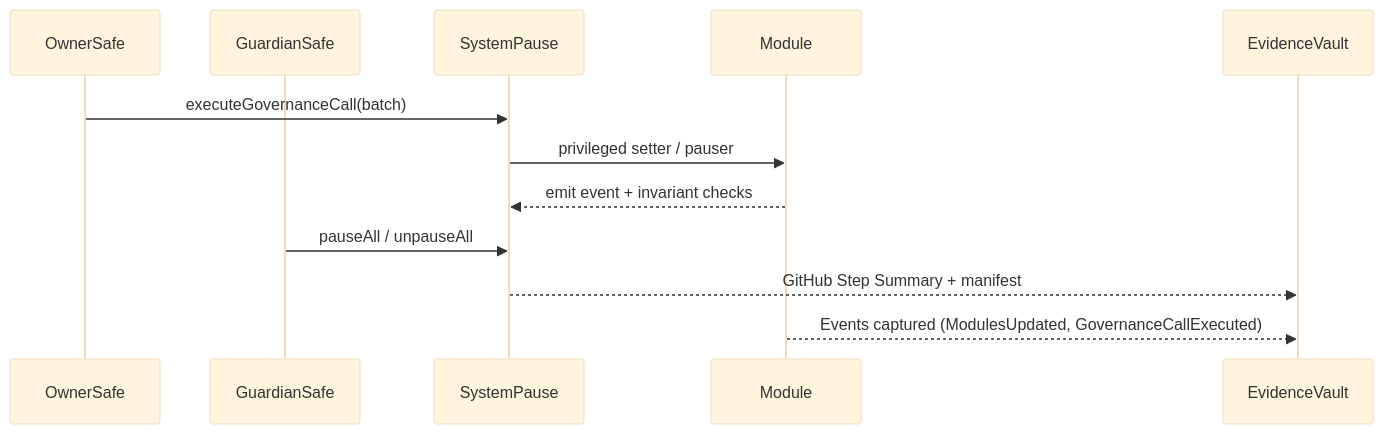
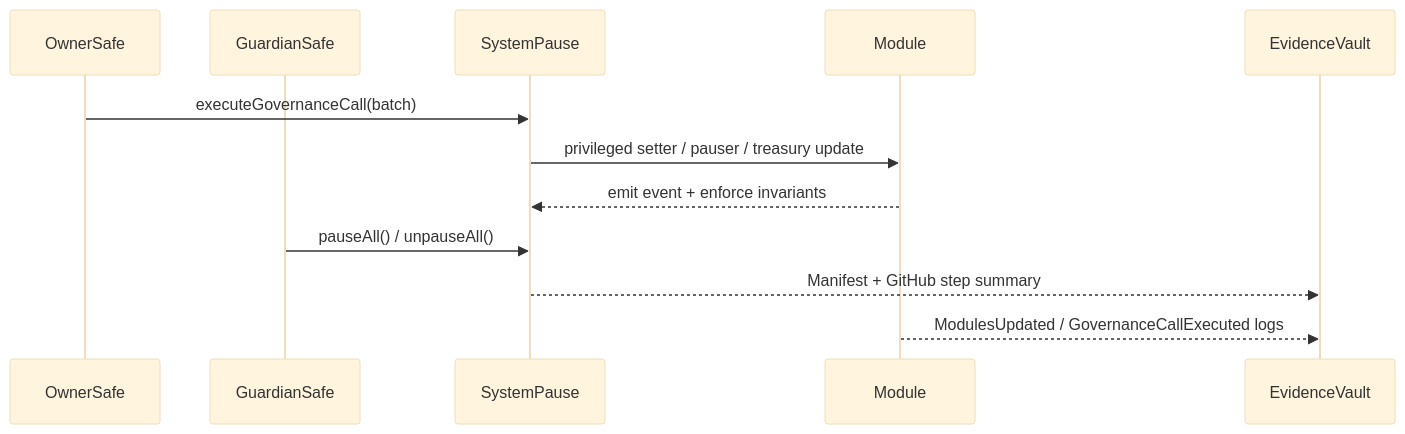
The second of 5 diagrams in docs/README.md (MontrealAI/agijobs-sovereign-labor-v0p1), drawn with Mermaid (base theme) before and after one commit. The commit also changed other lines of this file, not shown here.

````diff
--- a/docs/README.md
+++ b/docs/README.md
@@ -132,14 +114,14 @@
 ```mermaid
 sequenceDiagram
     participant OwnerSafe
     participant GuardianSafe
     participant SystemPause
     participant Module
     participant EvidenceVault
     OwnerSafe->>SystemPause: executeGovernanceCall(batch)
-    SystemPause->>Module: privileged setter / pauser
-    Module-->>SystemPause: emit event + invariant checks
-    GuardianSafe->>SystemPause: pauseAll / unpauseAll
-    SystemPause-->>EvidenceVault: GitHub Step Summary + manifest
-    Module-->>EvidenceVault: Events captured (ModulesUpdated, GovernanceCallExecuted)
+    SystemPause->>Module: privileged setter / pauser / treasury update
+    Module-->>SystemPause: emit event + enforce invariants
+    GuardianSafe->>SystemPause: pauseAll() / unpauseAll()
+    SystemPause-->>EvidenceVault: Manifest + GitHub step summary
+    Module-->>EvidenceVault: ModulesUpdated / GovernanceCallExecuted logs
 ```
````
